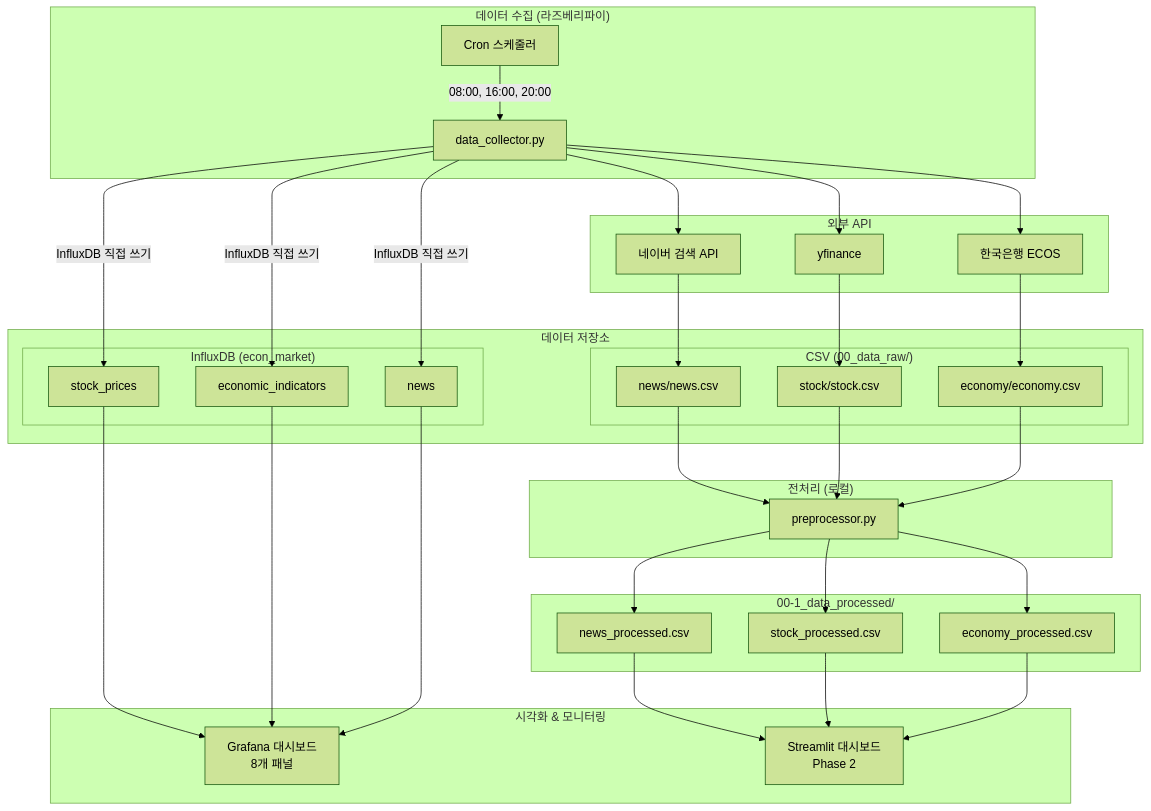
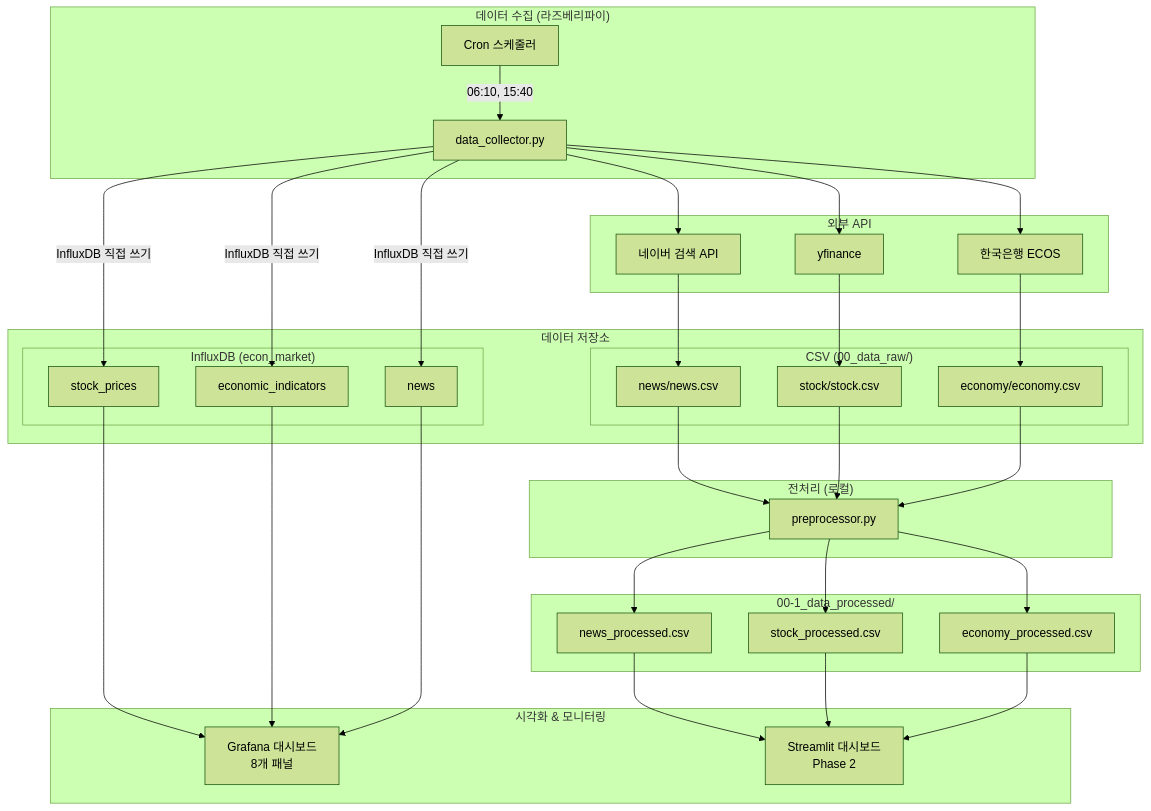
Before and after one commit to Z-3000/econ: the first of 9 diagrams in 99_docs/ARCHITECTURE.md, drawn with Mermaid (forest theme). The commit also changed other lines of this file and 19 other files, not shown here.

````diff
--- a/99_docs/ARCHITECTURE.md
+++ b/99_docs/ARCHITECTURE.md
@@ -11,70 +11,70 @@
 ```mermaid
 flowchart TB
     subgraph 데이터수집["데이터 수집 (라즈베리파이)"]
         CRON[Cron 스케줄러]
         DC[data_collector.py]
-        CRON -->|08:00, 16:00, 20:00| DC
+        CRON -->|06:10, 15:40| DC
     end
 
     subgraph 외부API["외부 API"]
         NAVER[네이버 검색 API]
         YF[yfinance]
         BOK[한국은행 ECOS]
     end
 
     subgraph 저장소["데이터 저장소"]
         subgraph CSV저장["CSV (00_data_raw/)"]
             NEWS[news/news.csv]
             STOCK[stock/stock.csv]
             ECON[economy/economy.csv]
         end
         subgraph 시계열DB["InfluxDB (econ_market)"]
             INFLUX_STOCK[stock_prices]
             INFLUX_ECON[economic_indicators]
             INFLUX_NEWS[news]
         end
     end
 
     subgraph 시각화["시각화 & 모니터링"]
         GRAFANA[Grafana 대시보드<br/>8개 패널]
         STREAMLIT[Streamlit 대시보드<br/>Phase 2]
     end
 
     subgraph 전처리["전처리 (로컬)"]
         PP[preprocessor.py]
     end
 
     subgraph 처리데이터["00-1_data_processed/"]
         NEWS_P[news_processed.csv]
         STOCK_P[stock_processed.csv]
         ECON_P[economy_processed.csv]
     end
 
     DC --> NAVER
     DC --> YF
     DC --> BOK
 
     NAVER --> NEWS
     YF --> STOCK
     BOK --> ECON
 
     DC -->|InfluxDB 직접 쓰기| INFLUX_STOCK
     DC -->|InfluxDB 직접 쓰기| INFLUX_ECON
     DC -->|InfluxDB 직접 쓰기| INFLUX_NEWS
 
     NEWS --> PP
     STOCK --> PP
     ECON --> PP
 
     PP --> NEWS_P
     PP --> STOCK_P
     PP --> ECON_P
 
     INFLUX_STOCK --> GRAFANA
     INFLUX_ECON --> GRAFANA
     INFLUX_NEWS --> GRAFANA
 
     NEWS_P --> STREAMLIT
     STOCK_P --> STREAMLIT
     ECON_P --> STREAMLIT
 ```
````
